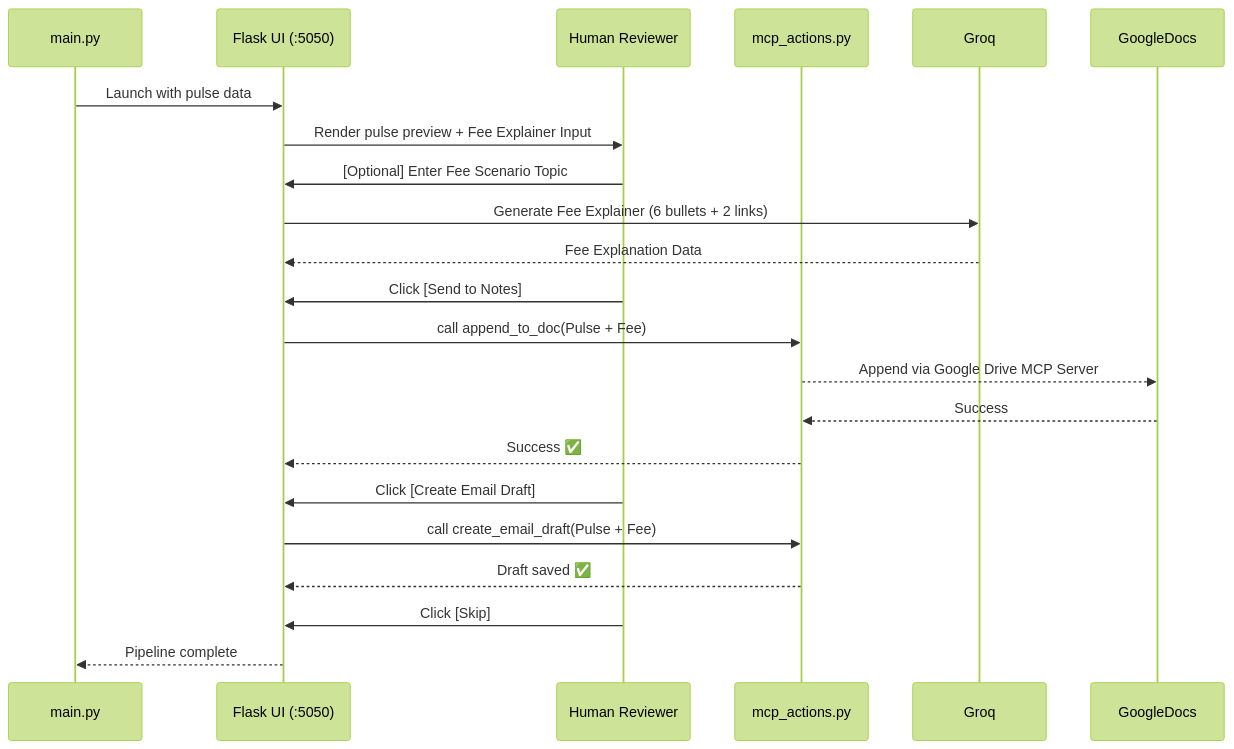
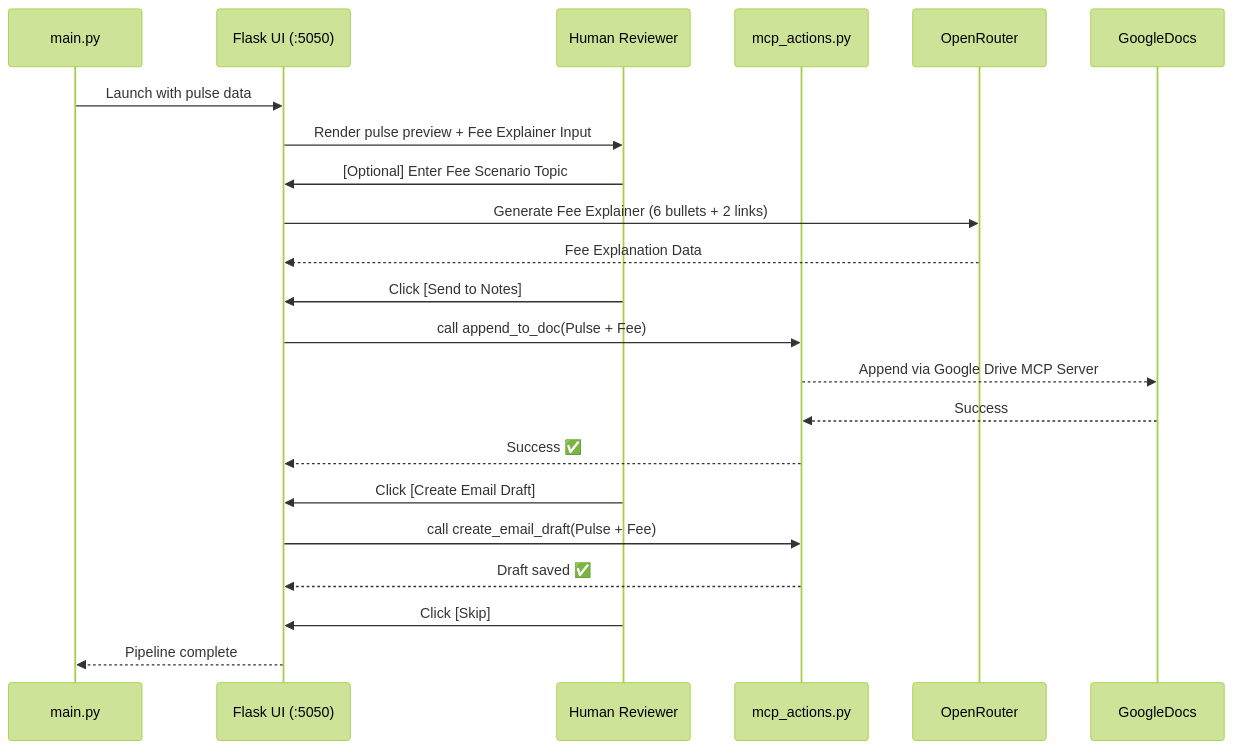
One commit to Joeyrazor291/INDMoney_Weekly_Pulse_Generator changed the seventh of 8 diagrams in architecture.md. Above: the diagram before and after it, drawn with Mermaid (forest theme). The commit also changed other lines of this file and 1 other file, not shown here.

Commit message:
docs: Remove Groq and update LLM architecture to OpenRouter

````diff
--- a/architecture.md
+++ b/architecture.md
@@ -659,24 +593,24 @@
 ```mermaid
 sequenceDiagram
     participant Main as main.py
     participant Flask as Flask UI (:5050)
     participant User as Human Reviewer
     participant MCP as mcp_actions.py
 
     Main->>Flask: Launch with pulse data
     Flask->>User: Render pulse preview + Fee Explainer Input
     User->>Flask: [Optional] Enter Fee Scenario Topic
-    Flask->>Groq: Generate Fee Explainer (6 bullets + 2 links)
-    Groq-->>Flask: Fee Explanation Data
+    Flask->>OpenRouter: Generate Fee Explainer (6 bullets + 2 links)
+    OpenRouter-->>Flask: Fee Explanation Data
     User->>Flask: Click [Send to Notes]
     Flask->>MCP: call append_to_doc(Pulse + Fee)
     MCP-->>GoogleDocs: Append via Google Drive MCP Server
     GoogleDocs-->>MCP: Success
     MCP-->>Flask: Success ✅
     User->>Flask: Click [Create Email Draft]
 
     Flask->>MCP: call create_email_draft(Pulse + Fee)
     MCP-->>Flask: Draft saved ✅
     User->>Flask: Click [Skip]
     Flask-->>Main: Pipeline complete
 ```
````
